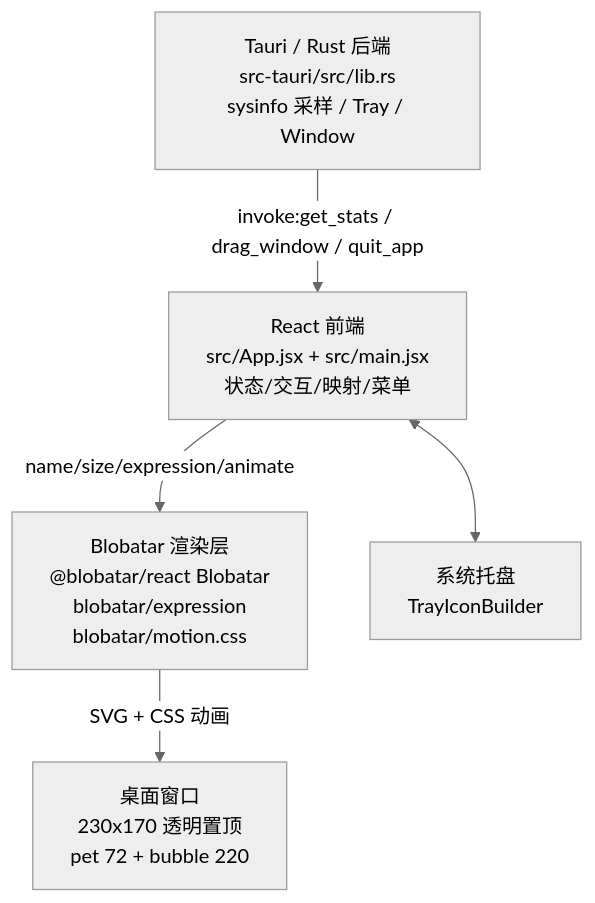
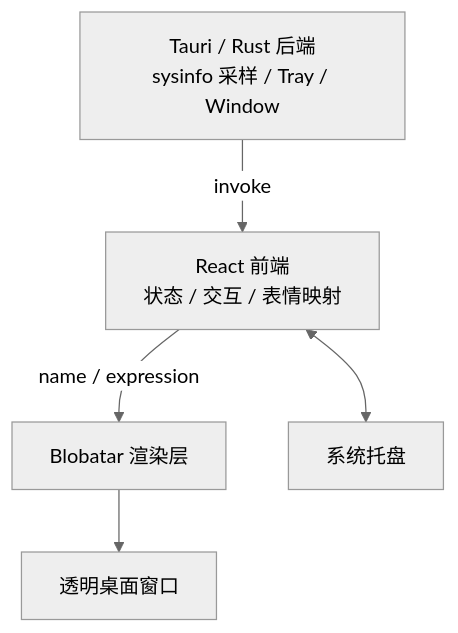
One commit to qq824045252-ship-it/winpet-blobatar changed the diagram in README.md. Above: the diagram before and after it, drawn with Mermaid (neutral theme). The commit also changed other lines of this file, not shown here.

````diff
--- a/README.md
+++ b/README.md
@@ -41,7 +87,7 @@
 ```mermaid
 flowchart TD
-  A[Tauri / Rust 后端<br/>src-tauri/src/lib.rs<br/>sysinfo 采样 / Tray / Window] -- invoke:get_stats / drag_window / quit_app --> B[React 前端<br/>src/App.jsx + src/main.jsx<br/>状态/交互/映射/菜单]
-  B -- name/size/expression/animate --> C[Blobatar 渲染层<br/>@blobatar/react Blobatar<br/>blobatar/expression<br/>blobatar/motion.css]
-  C -- SVG + CSS 动画 --> D[桌面窗口<br/>230x170 透明置顶<br/>pet 72 + bubble 220]
-  B <--> E[系统托盘<br/>TrayIconBuilder]
+  A[Tauri / Rust 后端<br/>sysinfo 采样 / Tray / Window] -- invoke --> B[React 前端<br/>状态 / 交互 / 表情映射]
+  B -- name / expression --> C[Blobatar 渲染层]
+  C --> D[透明桌面窗口]
+  B <--> E[系统托盘]
 ```
````
